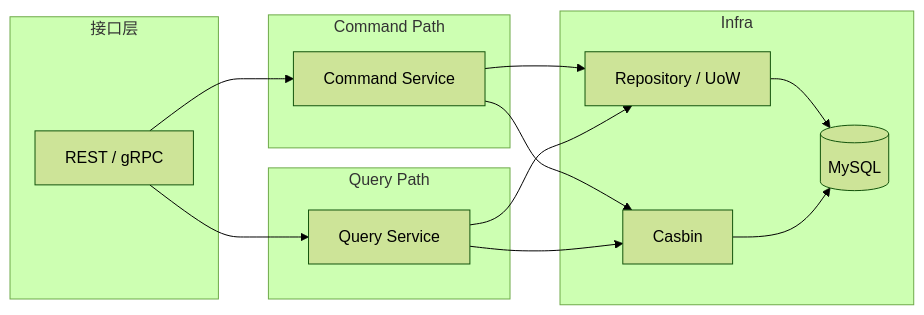
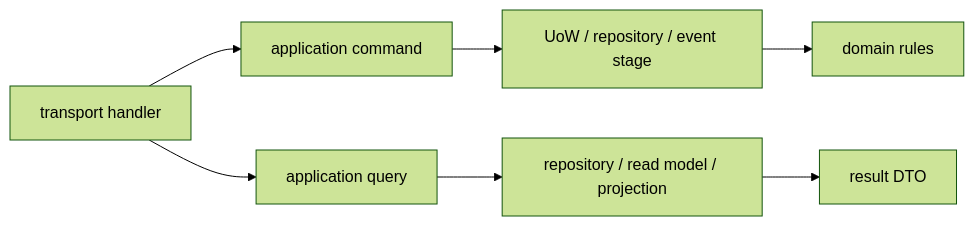
The diagram in docs/04-基础设施与运维/02-CQRS模式实践.md (FangcunMount/iam), drawn with Mermaid (forest theme) before and after one commit. The commit also changed other lines of this file and 61 other files, not shown here.

````diff
--- a/docs/04-基础设施与运维/02-CQRS模式实践.md
+++ b/docs/04-基础设施与运维/02-CQRS模式实践.md
@@ -26,29 +24,9 @@
 ```mermaid
-graph LR
-    subgraph In["接口层"]
-        REST[REST / gRPC]
-    end
-
-    subgraph Command["Command Path"]
-        CMD[Command Service]
-    end
-
-    subgraph Query["Query Path"]
-        QRY[Query Service]
-    end
-
-    subgraph Infra["Infra"]
-        REPO[Repository / UoW]
-        CASBIN[Casbin]
-        MYSQL[(MySQL)]
-    end
-
-    REST --> CMD
-    REST --> QRY
-    CMD --> REPO
-    QRY --> REPO
-    CMD --> CASBIN
-    QRY --> CASBIN
-    REPO --> MYSQL
-    CASBIN --> MYSQL
+flowchart LR
+    Handler["transport handler"] --> Command["application command"]
+    Handler --> Query["application query"]
+    Command --> Tx["UoW / repository / event stage"]
+    Query --> Read["repository / read model / projection"]
+    Tx --> Domain["domain rules"]
+    Read --> DTO["result DTO"]
 ```
````
